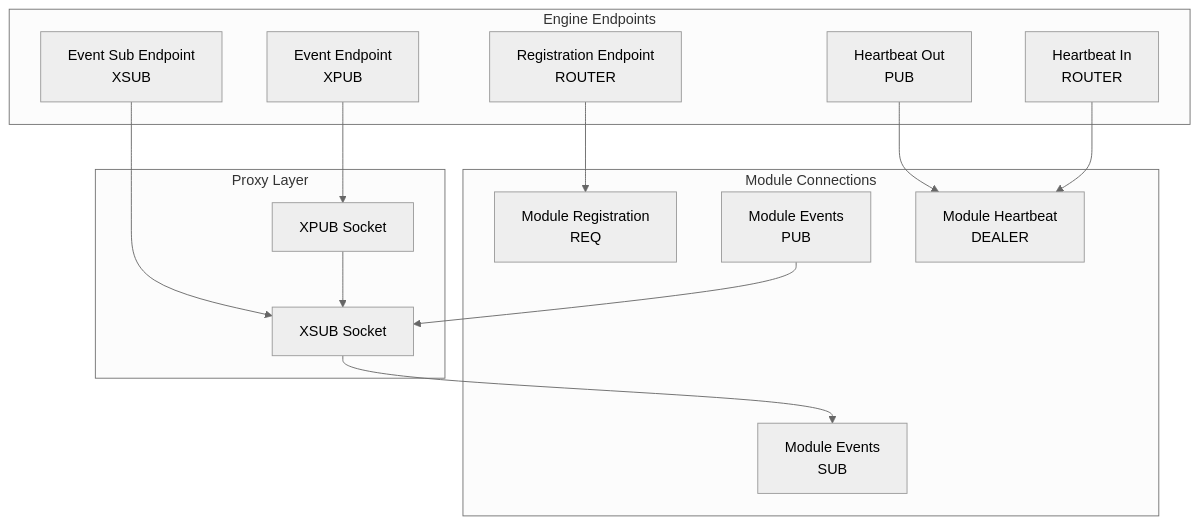
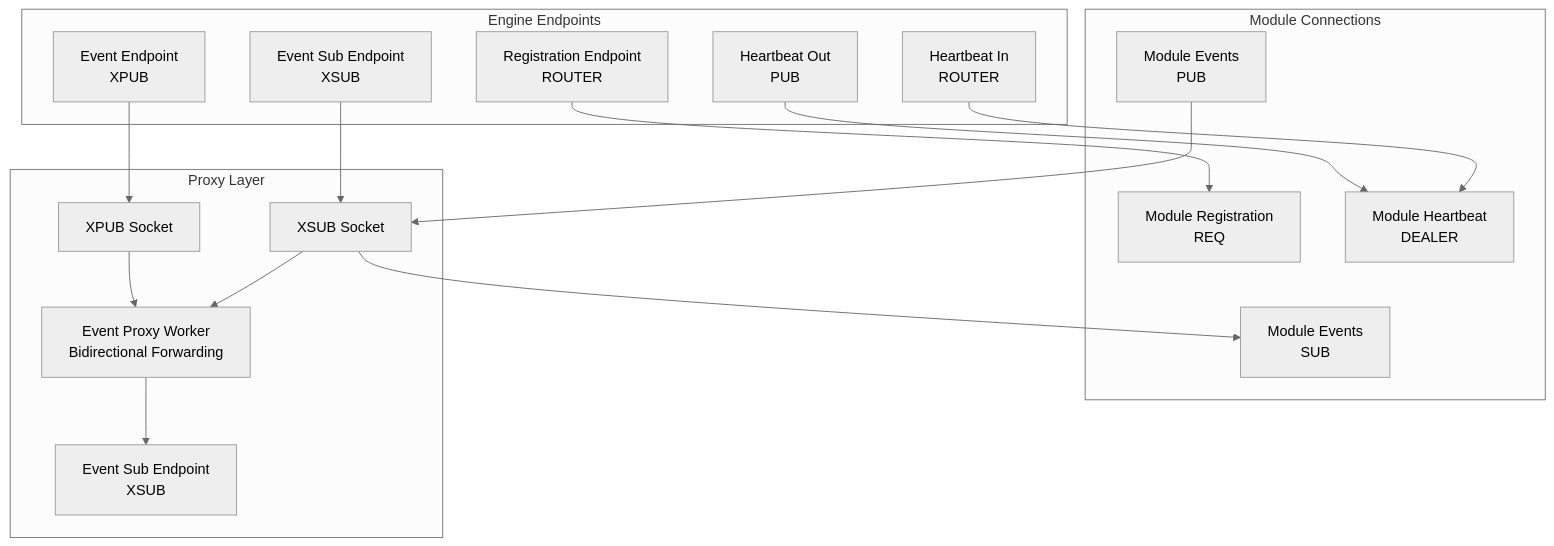
The second of 10 diagrams in .qoder/repowiki/en/content/Core Components/TycheEngine - Central Broker.md (zt281/TycheEngine), drawn with Mermaid (neutral theme) before and after one commit. The commit also changed other lines of this file and 5 other files, not shown here.

````diff
--- a/.qoder/repowiki/en/content/Core Components/TycheEngine - Central Broker.md
+++ b/.qoder/repowiki/en/content/Core Components/TycheEngine - Central Broker.md
@@ -115,28 +132,32 @@
 ```mermaid
 graph TB
 subgraph "Engine Endpoints"
 REG["Registration Endpoint<br/>ROUTER"]
 EVT["Event Endpoint<br/>XPUB"]
 EVTSUB["Event Sub Endpoint<br/>XSUB"]
 HBOUT["Heartbeat Out<br/>PUB"]
 HBIN["Heartbeat In<br/>ROUTER"]
 end
 subgraph "Module Connections"
 MODREG["Module Registration<br/>REQ"]
 MODPUB["Module Events<br/>PUB"]
 MODSUB["Module Events<br/>SUB"]
 MODHB["Module Heartbeat<br/>DEALER"]
 end
 subgraph "Proxy Layer"
 XPUB["XPUB Socket"]
 XSUB["XSUB Socket"]
+PROXY["Event Proxy Worker<br/>Bidirectional Forwarding"]
+ENDPOINT["Event Sub Endpoint<br/>XSUB"]
 end
 REG --> MODREG
 EVT --> XPUB
 EVTSUB --> XSUB
 HBOUT --> MODHB
 HBIN --> MODHB
-XPUB --> XSUB
+XPUB --> PROXY
+XSUB --> PROXY
+PROXY --> ENDPOINT
 MODPUB --> XSUB
 XSUB --> MODSUB
 ```
````
